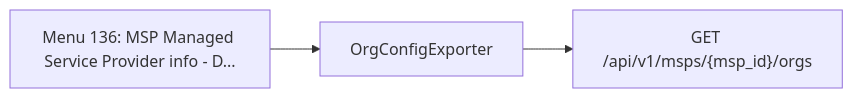
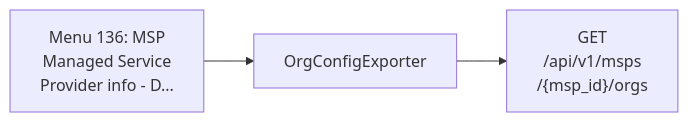
Before and after one commit to jmorrison-juniper/MistHelper: diagram 14 of 28 in documentation/menu-api/interactive.md, drawn with Mermaid. The commit also changed other lines of this file and 19 other files, not shown here.

First line of the commit message:
docs(menu-api): fit the Mermaid diagrams to the wiki column

````diff
--- a/documentation/menu-api/interactive.md
+++ b/documentation/menu-api/interactive.md
@@ -488,6 +340,6 @@
 ```mermaid
 flowchart LR
-    menu["Menu 136: MSP Managed Service Provider info - D..."]
+    menu["Menu 136: MSP<br/>Managed Service<br/>Provider info - D..."]
     menu --> c1["OrgConfigExporter"]
-    c1 --> e1["GET /api/v1/msps/{msp_id}/orgs"]
+    c1 --> e1["GET<br/>/api/v1/msps<br/>/{msp_id}/orgs"]
 ```
````
